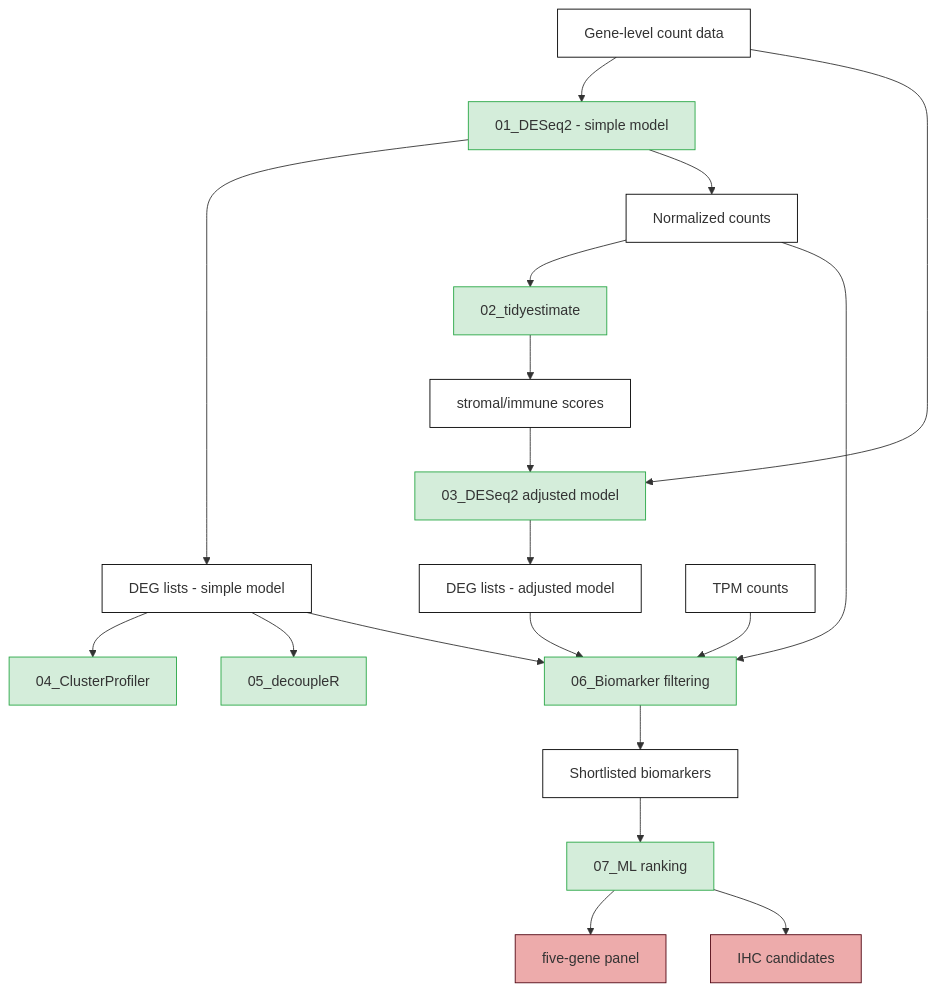
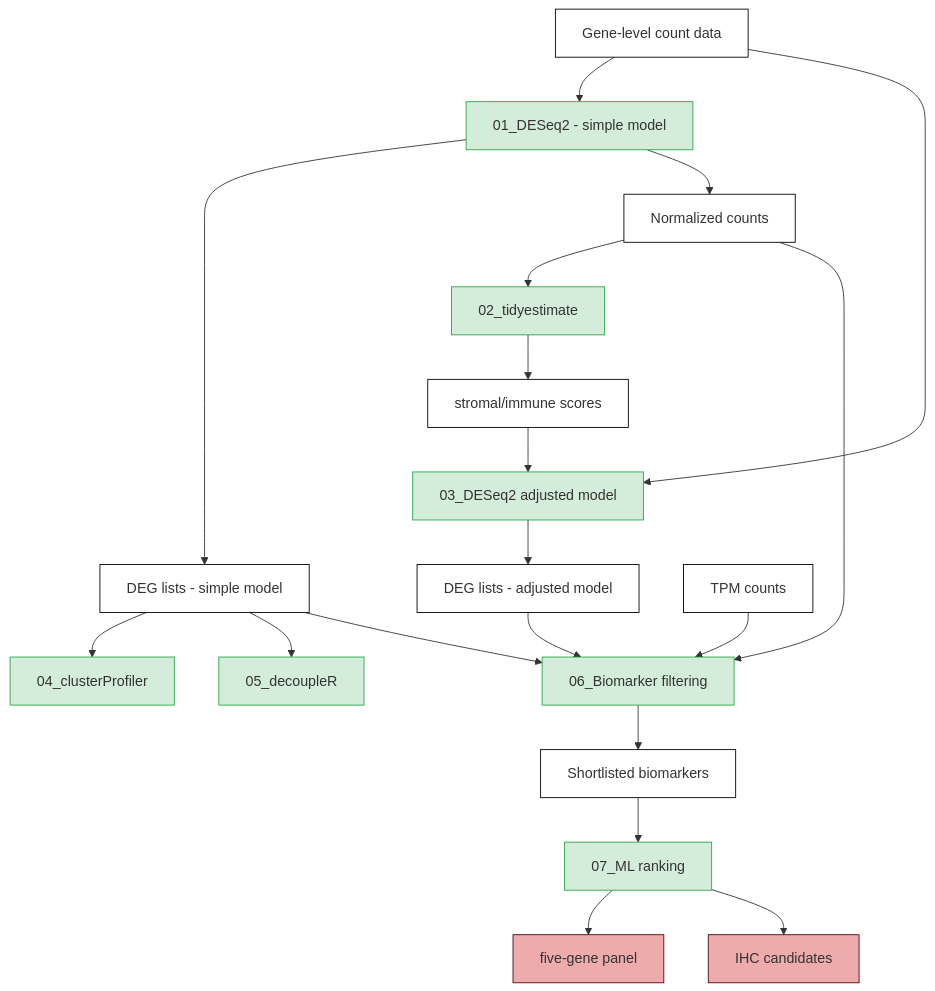
Before and after one commit to tudumanne/BulkRNAseq_Barretts: the diagram in R/README.md, drawn with Mermaid. The commit also changed 7 other files, not shown here.

````diff
--- a/R/README.md
+++ b/R/README.md
@@ -38,26 +38,26 @@
 ``` mermaid
 graph TD; 
     classDef method fill:#d4edda,stroke:#28a745;
     classDef input fill:#ffffff,stroke:#000000;
     classDef output1 fill:#ffffff,stroke:#000000;
     classDef output2 fill:#edabab,stroke:#520612;
     
     A[Gene-level count data]:::input-->B[01_DESeq2 - simple model]:::method;
     B-->C[DEG lists - simple model]:::output1;
     B-->D[Normalized counts]:::output1;
     D-->E[02_tidyestimate]:::method;
     E-->F[stromal/immune scores]:::output1;;
     A-->G[03_DESeq2 adjusted model]:::method;;
     F-->G;
     G-->H[DEG lists - adjusted model]:::output1;
-    C-->I[04_ClusterProfiler]:::method;
+    C-->I[04_clusterProfiler]:::method;
     C-->J[05_decoupleR]:::method;
     K[TPM counts]:::input-->L[06_Biomarker filtering]:::method;
     D-->L;
     C-->L;
     H-->L;
     L-->M[Shortlisted biomarkers]:::output1;
     M-->N[07_ML ranking]:::method;
     N-->O[five-gene panel]:::output2;
     N-->P[IHC candidates]:::output2;
 ```
````
